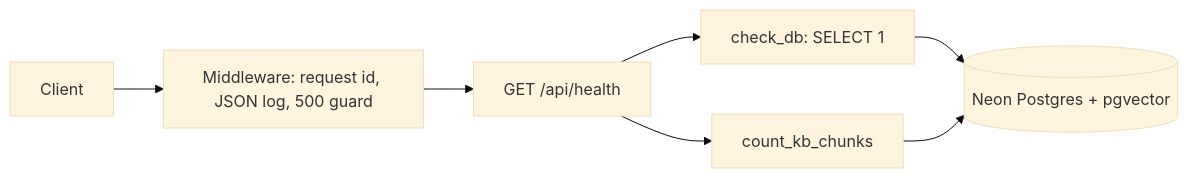
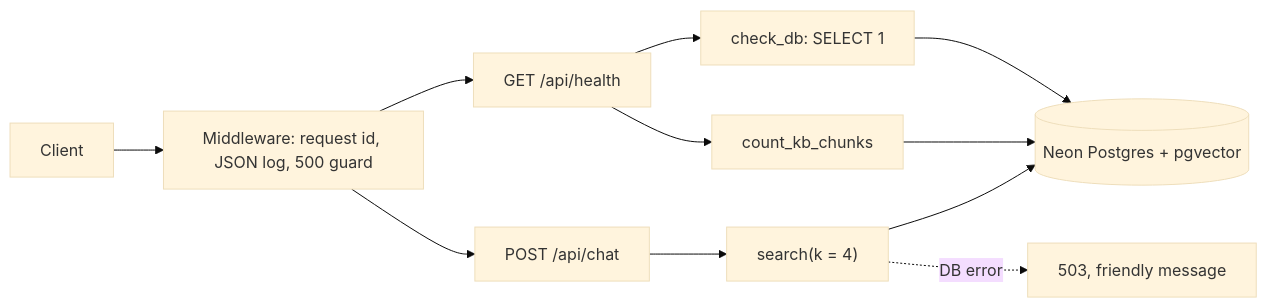
Before and after one commit to AdithyaChauhan/vantis-sales-agent: the first of 5 diagrams in docs/ARCHITECTURE.md, drawn with Mermaid (base theme). The commit also changed other lines of this file and 23 other files, not shown here.

First line of the commit message:
feat(chat): T5 LLM layer, prompts, grounded /api/chat v0

````diff
--- a/docs/ARCHITECTURE.md
+++ b/docs/ARCHITECTURE.md
@@ -25,9 +28,13 @@
 ```mermaid
 flowchart LR
   client["Client"] --> mw["Middleware: request id, JSON log, 500 guard"]
   mw --> health["GET /api/health"]
   health --> check["check_db: SELECT 1"]
   health --> count["count_kb_chunks"]
   check --> neon[("Neon Postgres + pgvector")]
   count --> neon
+  mw --> chat["POST /api/chat"]
+  chat --> search["search(k = 4)"]
+  search --> neon
+  search -.->|"DB error"| e503["503, friendly message"]
 ```
````
